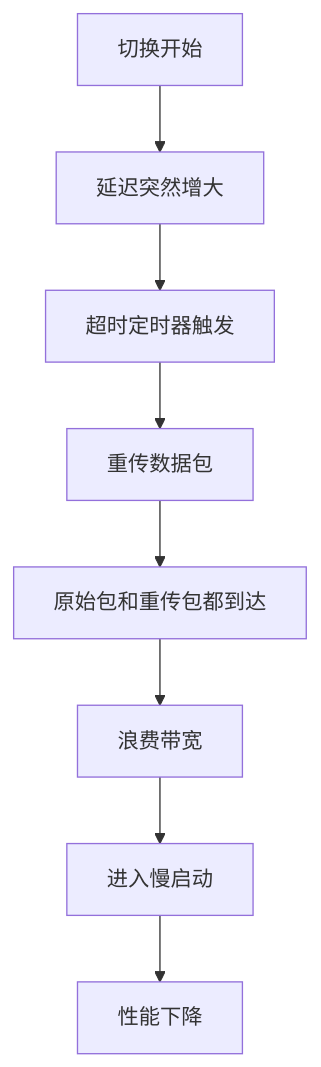
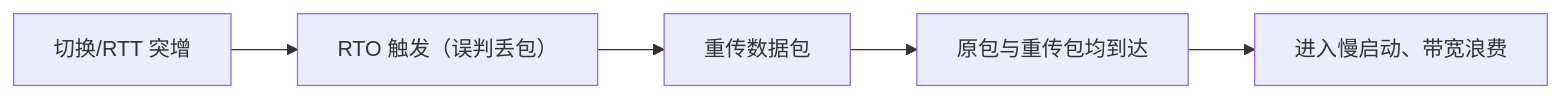
One commit to Dtheme/CS-base changed the fourth of 8 diagrams in 计算机网络/7.8无线网络：协议影响.md. Above: the diagram before and after it, drawn with Mermaid. The commit also changed other lines of this file and 51 other files, not shown here.

````diff
--- a/计算机网络/7.8无线网络：协议影响.md
+++ b/计算机网络/7.8无线网络：协议影响.md
@@ -209,19 +184,7 @@
 ```mermaid
-graph TB
-    Handover["切换开始"]
-    DelayIncrease["延迟突然增大"]
-    Timeout["超时定时器触发"]
-    Retransmit["重传数据包"]
-    BothArrive["原始包和重传包都到达"]
-    Waste["浪费带宽"]
-    SlowStart["进入慢启动"]
-    Degrade["性能下降"]
-    
-    Handover --> DelayIncrease
-    DelayIncrease --> Timeout
-    Timeout --> Retransmit
-    Retransmit --> BothArrive
-    BothArrive --> Waste
-    Waste --> SlowStart
-    SlowStart --> Degrade
+graph LR
+    Handover["切换/RTT 突增"] --> Timeout["RTO 触发（误判丢包）"]
+    Timeout --> Retransmit["重传数据包"]
+    Retransmit --> Both["原包与重传包均到达"]
+    Both --> SlowStart["进入慢启动、带宽浪费"]
 ```
````
